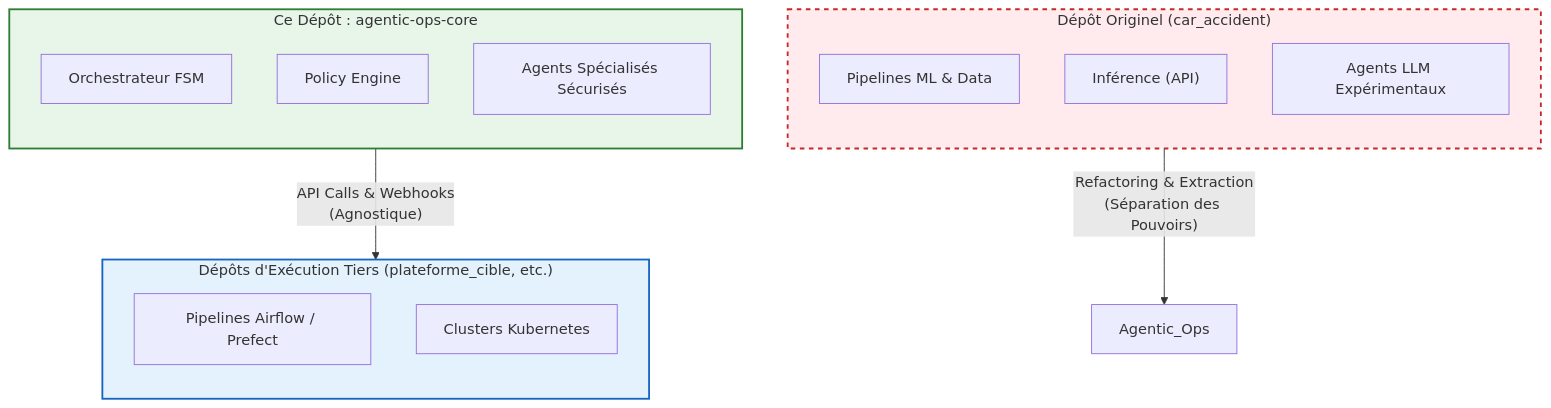
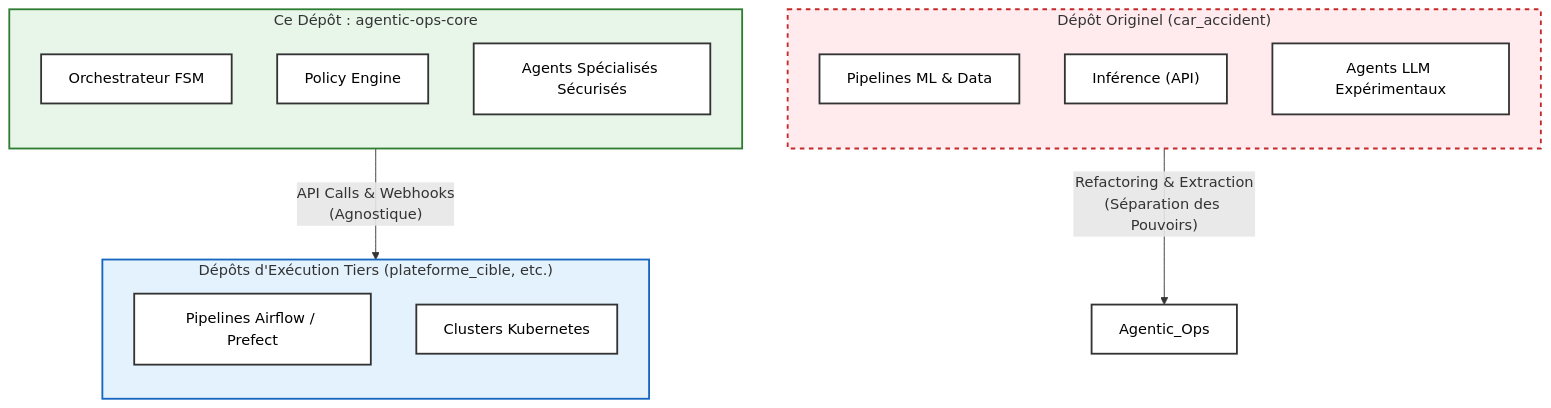
The diagram in GENESIS.md (nolll77/agentic-ops), drawn with Mermaid before and after one commit. The commit also changed 3 other files, not shown here.

Commit message:
docs: force light theme explicitly on mermaid diagrams to resolve dark mode unreadability

````diff
--- a/GENESIS.md
+++ b/GENESIS.md
@@ -27,40 +27,46 @@
 ```mermaid
 flowchart TD
+
+    %% Style global pour lisibilité (Thème Clair forcé)
+    classDef default fill:#ffffff,stroke:#333333,stroke-width:2px,color:#000000;
+    classDef agentic fill:#f3e5f5,stroke:#8e24aa,stroke-width:2px,color:#000000;
+    classDef cible fill:#e3f2fd,stroke:#1976d2,stroke-width:2px,color:#000000;
+    classDef alert fill:#ffebee,stroke:#d32f2f,stroke-width:2px,color:#000000;
     %% Historique
     subgraph Monorepo_Historique ["Dépôt Originel (car_accident)"]
         direction TB
         Pipeline_ML["Pipelines ML & Data"]
         Inference["Inférence (API)"]
         Exp_Agents["Agents LLM Expérimentaux"]
     end
 
     %% Le Spin-off
     Exp_Agents -- "Refactoring & Extraction
 (Séparation des Pouvoirs)" --> Agentic_Ops
 
     %% Nouvelle Architecture
     subgraph Dépôt_Agentic_Ops ["Ce Dépôt : agentic-ops-core"]
         direction TB
         Orchestrateur["Orchestrateur FSM"]
         Policy["Policy Engine"]
         Sec_Agents["Agents Spécialisés Sécurisés"]
     end
 
     subgraph Dépôts_Cibles ["Dépôts d'Exécution Tiers (plateforme_cible, etc.)"]
         direction TB
         External_Pipelines["Pipelines Airflow / Prefect"]
         External_K8s["Clusters Kubernetes"]
     end
 
     Dépôt_Agentic_Ops -- "API Calls & Webhooks
 (Agnostique)" --> Dépôts_Cibles
 
     %% Style
     classDef old fill:#ffebee,stroke:#c62828,stroke-width:2px,stroke-dasharray: 5 5;
     classDef new fill:#e8f5e9,stroke:#2e7d32,stroke-width:2px;
     classDef target fill:#e3f2fd,stroke:#1565c0,stroke-width:2px;
     
     class Monorepo_Historique old;
     class Dépôt_Agentic_Ops new;
     class Dépôts_Cibles target;
 ```
````
